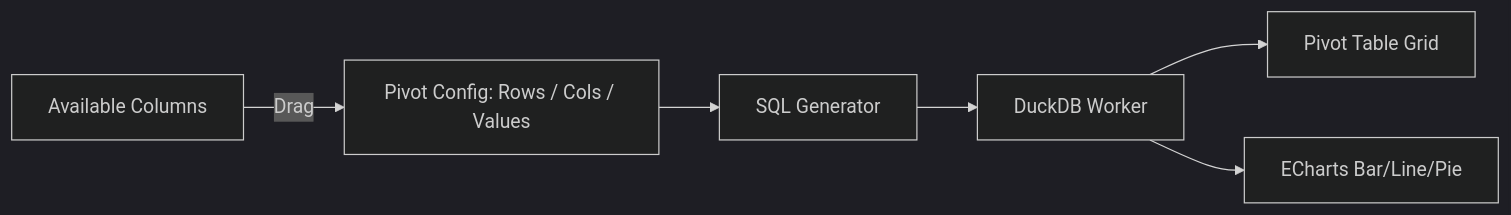
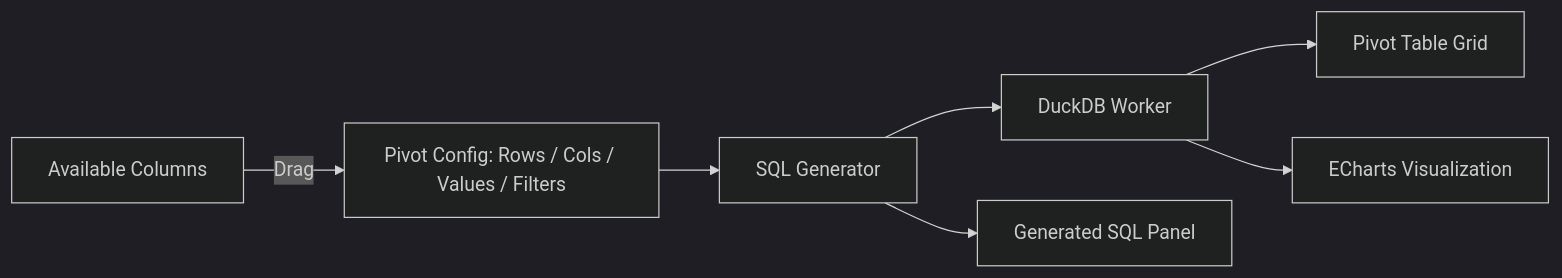
The diagram in docs/specs/phase-1/06_bi_pivot_spec.md (KrushnaVardhanReddy/LocalMind), drawn with Mermaid (dark theme) before and after one commit. The commit also changed other lines of this file and 12 other files, not shown here.

````diff
--- a/docs/specs/phase-1/06_bi_pivot_spec.md
+++ b/docs/specs/phase-1/06_bi_pivot_spec.md
@@ -8,8 +8,9 @@
 ```mermaid
 graph LR
-    ColumnList[Available Columns] -->|Drag| PivotConfig[Pivot Config: Rows / Cols / Values]
+    ColumnList[Available Columns] -->|Drag| PivotConfig[Pivot Config: Rows / Cols / Values / Filters]
     PivotConfig --> SQLGen[SQL Generator]
     SQLGen --> DuckDB[DuckDB Worker]
     DuckDB --> PivotTable[Pivot Table Grid]
-    DuckDB --> ECharts[ECharts Bar/Line/Pie]
+    DuckDB --> ECharts[ECharts Visualization]
+    SQLGen --> SQLPanel[Generated SQL Panel]
 ```
````
